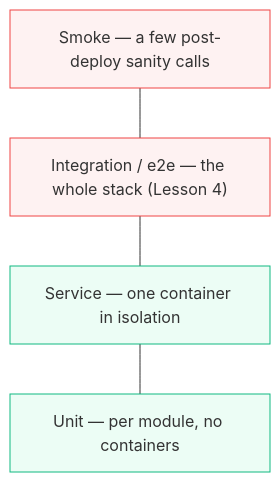
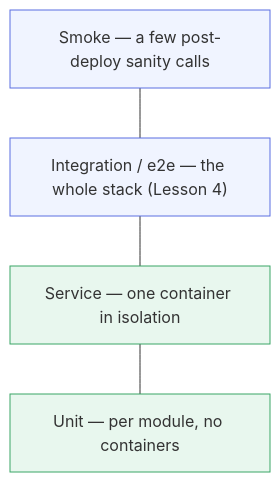
Before and after one commit to LinkedInLearning/docker-for-local-ai-app-development-build-lightweight-containerized-ai-applications-11189001: the diagram in chapter_4/l5/README.md, drawn with Mermaid. The commit also changed 11 other files, not shown here.

Commit message:
unified the readmes diagrams

````diff
--- a/chapter_4/l5/README.md
+++ b/chapter_4/l5/README.md
@@ -14,13 +14,13 @@
 ```mermaid
 flowchart TD
     S["Smoke — a few post-deploy sanity calls"]
     I["Integration / e2e — the whole stack (Lesson 4)"]
     SV["Service — one container in isolation"]
     U["Unit — per module, no containers"]
     S --- I --- SV --- U
 
-    classDef many fill:#ecfdf5,stroke:#10b981;
-    classDef few fill:#fef2f2,stroke:#ef4444;
-    class U,SV many
-    class I,S few
+    classDef base fill:#e8f7ee,stroke:#3aa667,stroke-width:1px;
+    classDef top fill:#f0f4ff,stroke:#5b6ee1,stroke-width:1px;
+    class U,SV base
+    class I,S top
 ```
````
